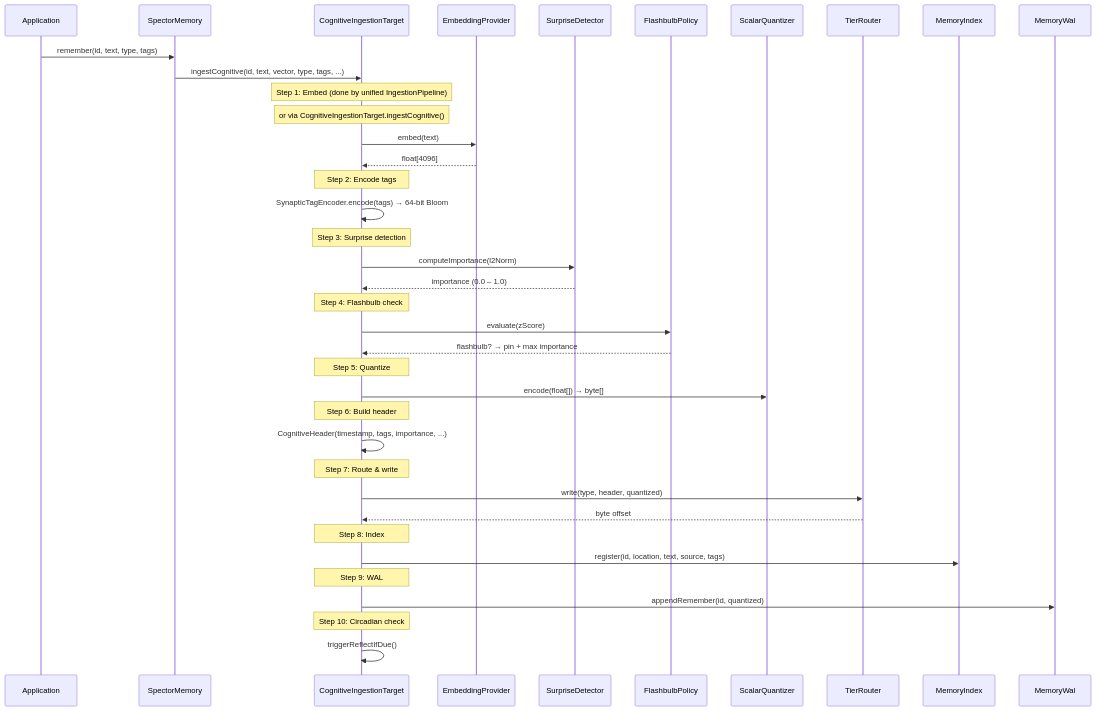
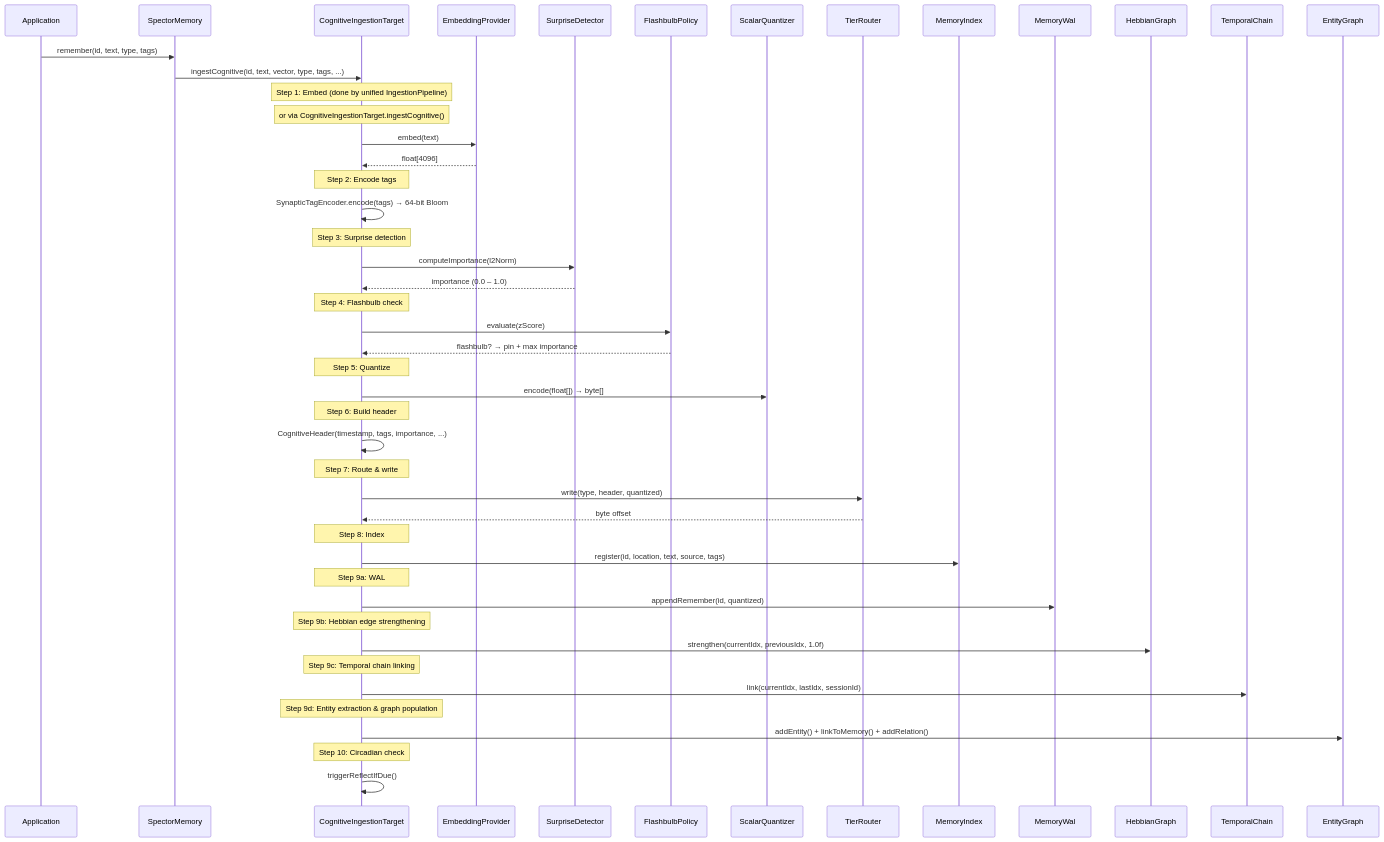
One commit to spectrayan/spector changed the first of 3 diagrams in docs/docs/memory/architecture.md. Above: the diagram before and after it, drawn with Mermaid. The commit also changed other lines of this file and 4 other files, not shown here.

First line of the commit message:
docs: update memory documentation for 3-Layer Cognitive Graph

````diff
--- a/docs/docs/memory/architecture.md
+++ b/docs/docs/memory/architecture.md
@@ -31,51 +31,63 @@
 ```mermaid
 sequenceDiagram
     participant App as Application
     participant SM as SpectorMemory
     participant CT as CognitiveIngestionTarget
     participant EP as EmbeddingProvider
     participant SD as SurpriseDetector
     participant FP as FlashbulbPolicy
     participant SQ as ScalarQuantizer
     participant TR as TierRouter
     participant MI as MemoryIndex
     participant WAL as MemoryWal
+    participant HG as HebbianGraph
+    participant TC as TemporalChain
+    participant EG as EntityGraph
 
     App->>SM: remember(id, text, type, tags)
     SM->>CT: ingestCognitive(id, text, vector, type, tags, ...)
     
     Note over CT: Step 1: Embed (done by unified IngestionPipeline)
     Note over CT: or via CognitiveIngestionTarget.ingestCognitive()
     CT->>EP: embed(text)
     EP-->>CT: float[4096]
     
     Note over CT: Step 2: Encode tags
     CT->>CT: SynapticTagEncoder.encode(tags) → 64-bit Bloom
     
     Note over CT: Step 3: Surprise detection
     CT->>SD: computeImportance(l2Norm)
     SD-->>CT: importance (0.0 – 1.0)
     
     Note over CT: Step 4: Flashbulb check
     CT->>FP: evaluate(zScore)
     FP-->>CT: flashbulb? → pin + max importance
     
     Note over CT: Step 5: Quantize
     CT->>SQ: encode(float[]) → byte[]
     
     Note over CT: Step 6: Build header
     CT->>CT: CognitiveHeader(timestamp, tags, importance, ...)
     
     Note over CT: Step 7: Route & write
     CT->>TR: write(type, header, quantized)
     TR-->>CT: byte offset
     
     Note over CT: Step 8: Index
     CT->>MI: register(id, location, text, source, tags)
     
-    Note over CT: Step 9: WAL
+    Note over CT: Step 9a: WAL
     CT->>WAL: appendRemember(id, quantized)
+    
+    Note over CT: Step 9b: Hebbian edge strengthening
+    CT->>HG: strengthen(currentIdx, previousIdx, 1.0f)
+    
+    Note over CT: Step 9c: Temporal chain linking
+    CT->>TC: link(currentIdx, lastIdx, sessionId)
+    
+    Note over CT: Step 9d: Entity extraction & graph population
+    CT->>EG: addEntity() + linkToMemory() + addRelation()
     
     Note over CT: Step 10: Circadian check
     CT->>CT: triggerReflectIfDue()
 ```
````
